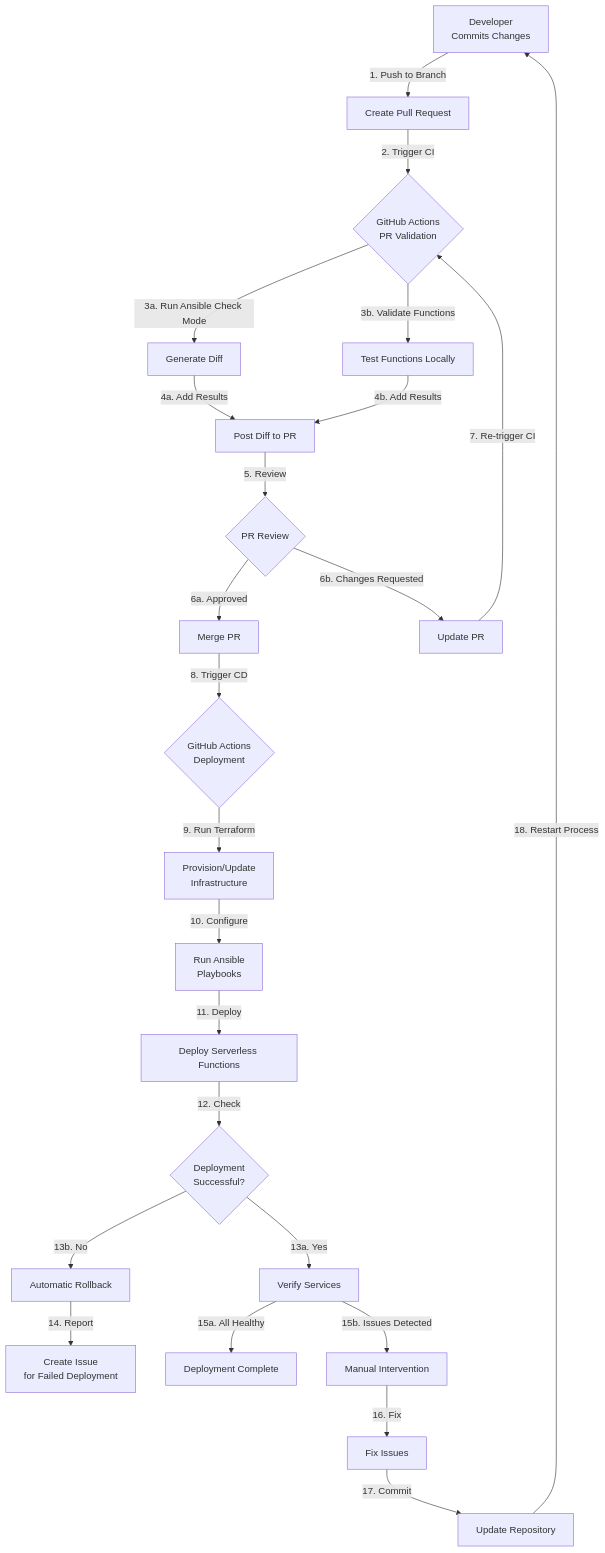
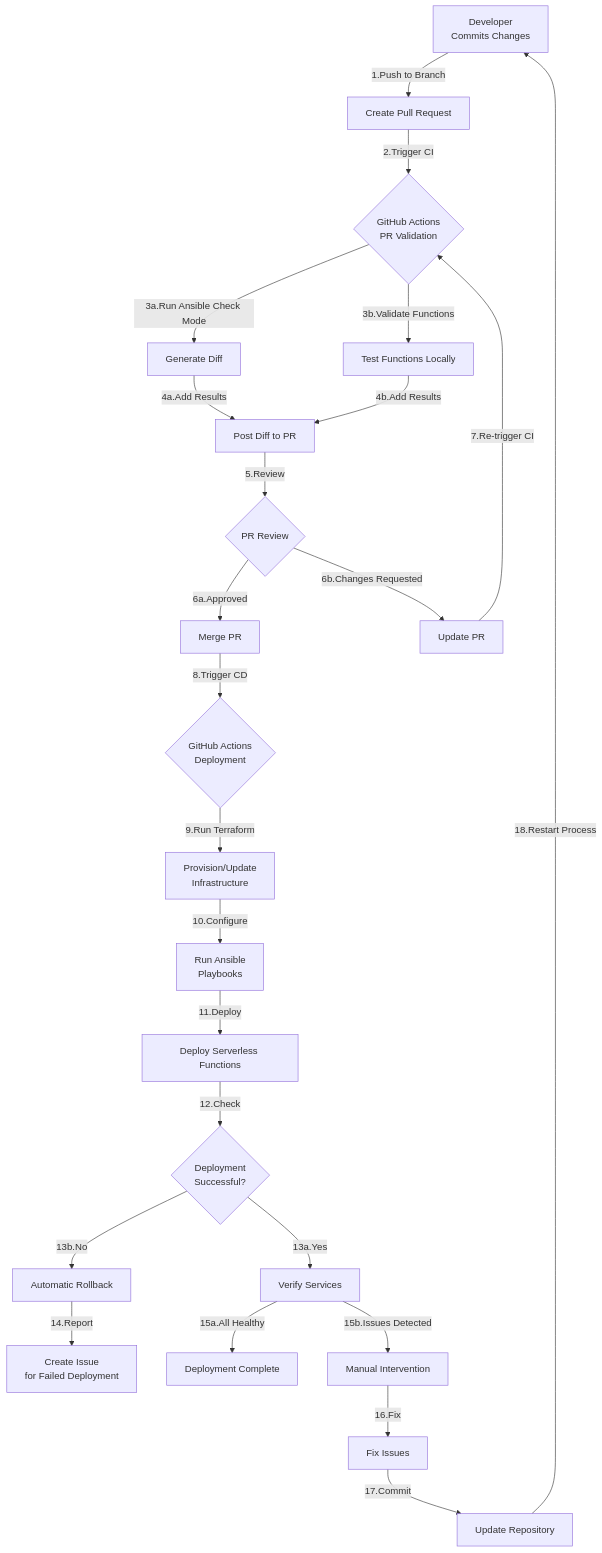
One commit to deepbrainspace/deepbrain-stack changed the second of 7 diagrams in documentation/infrastructure-diagrams.md. Above: the diagram before and after it, drawn with Mermaid. The commit also changed other lines of this file, not shown here.

````diff
--- a/documentation/infrastructure-diagrams.md
+++ b/documentation/infrastructure-diagrams.md
@@ -135,26 +135,26 @@
 ```mermaid
 flowchart TD
-    A["Developer<br/>Commits Changes"] -->|"1. Push to Branch"| B["Create Pull Request"]
-    B --> |"2. Trigger CI"| C{"GitHub Actions<br/>PR Validation"}
-    C -->|"3a. Run Ansible Check Mode"| D["Generate Diff"]
-    C -->|"3b. Validate Functions"| E["Test Functions Locally"]
-    D --> |"4a. Add Results"| F["Post Diff to PR"]
-    E --> |"4b. Add Results"| F
-    F --> |"5. Review"| G{"PR Review"}
-    G -->|"6a. Approved"| H["Merge PR"]
-    G -->|"6b. Changes Requested"| I["Update PR"]
-    I --> |"7. Re-trigger CI"| C
-    H --> |"8. Trigger CD"| J{"GitHub Actions\nDeployment"}
-    J -->|"9. Run Terraform"| K["Provision/Update\nInfrastructure"]
-    K --> |"10. Configure"| L["Run Ansible\nPlaybooks"]
-    L --> |"11. Deploy"| M["Deploy Serverless Functions"]
-    M --> |"12. Check"| N{"Deployment\nSuccessful?"}
-    N -->|"13a. Yes"| O["Verify Services"]
-    N -->|"13b. No"| P["Automatic Rollback"]
-    P --> |"14. Report"| Q["Create Issue\nfor Failed Deployment"]
-    O -->|"15a. All Healthy"| R["Deployment Complete"]
-    O -->|"15b. Issues Detected"| S["Manual Intervention"]
-    S --> |"16. Fix"| T["Fix Issues"]
-    T --> |"17. Commit"| U["Update Repository"]
-    U --> |"18. Restart Process"| A
+    A["Developer<br/>Commits Changes"] -->|"1.Push to Branch"| B["Create Pull Request"]
+    B --> |"2.Trigger CI"| C{"GitHub Actions<br/>PR Validation"}
+    C -->|"3a.Run Ansible Check Mode"| D["Generate Diff"]
+    C -->|"3b.Validate Functions"| E["Test Functions Locally"]
+    D --> |"4a.Add Results"| F["Post Diff to PR"]
+    E --> |"4b.Add Results"| F
+    F --> |"5.Review"| G{"PR Review"}
+    G -->|"6a.Approved"| H["Merge PR"]
+    G -->|"6b.Changes Requested"| I["Update PR"]
+    I --> |"7.Re-trigger CI"| C
+    H --> |"8.Trigger CD"| J{"GitHub Actions<br/>Deployment"}
+    J -->|"9.Run Terraform"| K["Provision/Update<br/>Infrastructure"]
+    K --> |"10.Configure"| L["Run Ansible<br/>Playbooks"]
+    L --> |"11.Deploy"| M["Deploy Serverless Functions"]
+    M --> |"12.Check"| N{"Deployment<br/>Successful?"}
+    N -->|"13a.Yes"| O["Verify Services"]
+    N -->|"13b.No"| P["Automatic Rollback"]
+    P --> |"14.Report"| Q["Create Issue<br/>for Failed Deployment"]
+    O -->|"15a.All Healthy"| R["Deployment Complete"]
+    O -->|"15b.Issues Detected"| S["Manual Intervention"]
+    S --> |"16.Fix"| T["Fix Issues"]
+    T --> |"17.Commit"| U["Update Repository"]
+    U --> |"18.Restart Process"| A
 ```
````
